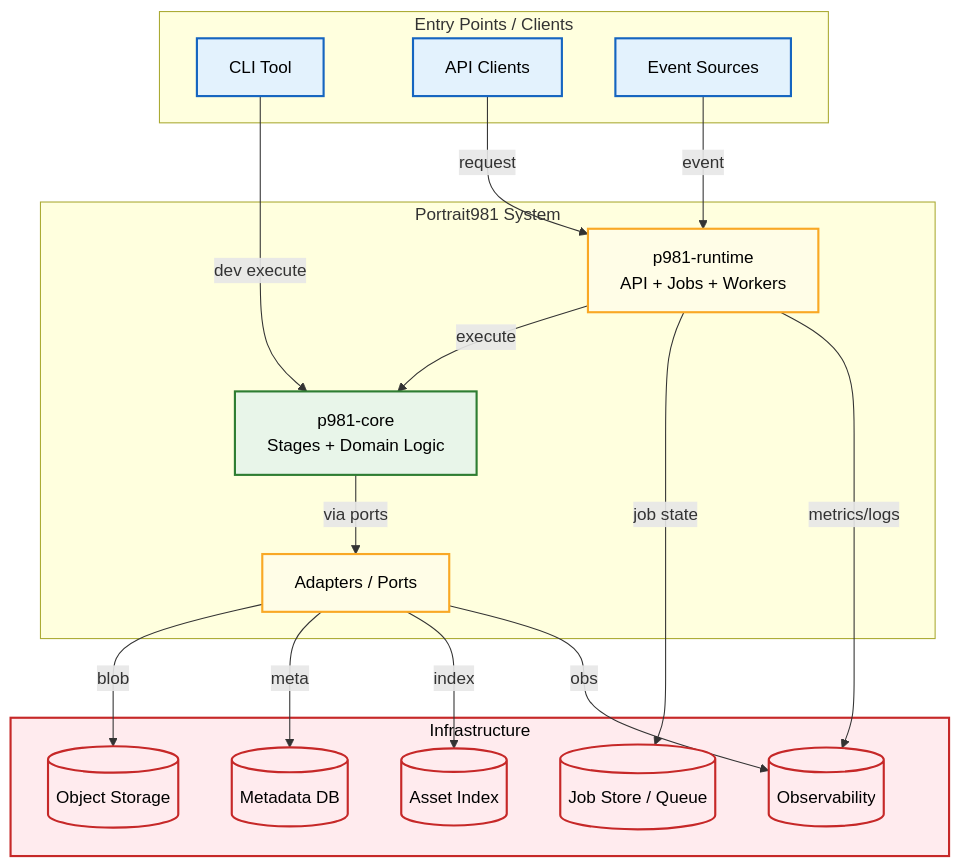
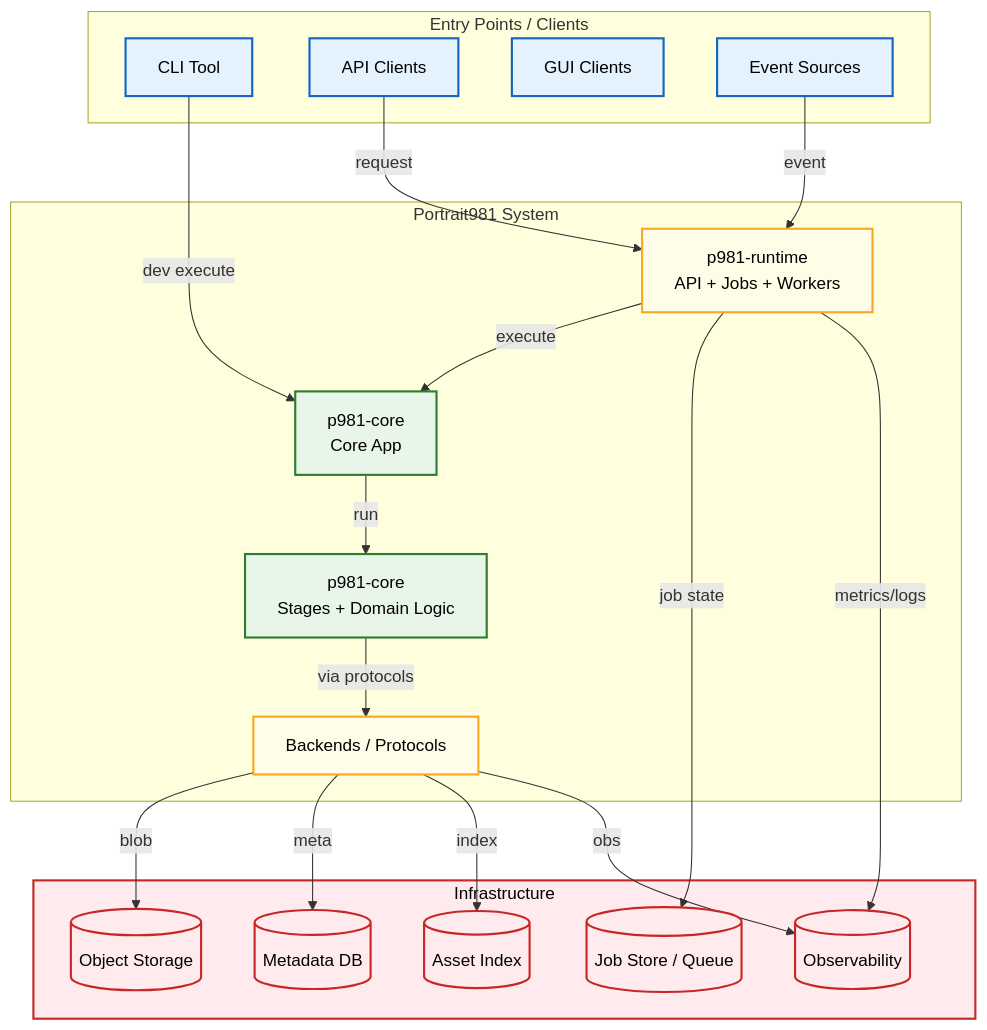
One commit to monolith-hyeonrae/portrait981 changed the diagram in specs/diagrams/overview.mmd. Above: the diagram before and after it, drawn with Mermaid. The commit also changed 87 other files, not shown here.

```diff
--- a/specs/diagrams/overview.mmd
+++ b/specs/diagrams/overview.mmd
@@ -1,43 +1,46 @@
 graph TB
   classDef entry fill:#e3f2fd,stroke:#1565c0,stroke-width:2px,color:#000
   classDef core fill:#e8f5e9,stroke:#2e7d32,stroke-width:2px,color:#000
   classDef runtime fill:#fffde7,stroke:#f9a825,stroke-width:2px,color:#000
   classDef infra fill:#ffebee,stroke:#c62828,stroke-width:2px,color:#000
 
   subgraph ENTRY["Entry Points / Clients"]
     CLI[CLI Tool]
     API[API Clients]
+    GUI[GUI Clients]
     EVT[Event Sources]
   end
 
   subgraph SYSTEM["Portrait981 System"]
+    CORE_APP[p981-core<br/>Core App]
     CORE[p981-core<br/>Stages + Domain Logic]
     RUNTIME[p981-runtime<br/>API + Jobs + Workers]
-    ADAPTERS[Adapters / Ports]
+    BACKENDS[Backends / Protocols]
   end
 
   subgraph INFRA["Infrastructure"]
     OBJ[(Object Storage)]
     META[(Metadata DB)]
     INDEX[(Asset Index)]
     JOB[(Job Store / Queue)]
     OBS[(Observability)]
   end
 
-  CLI -->|dev execute| CORE
+  CLI -->|dev execute| CORE_APP
   API -->|request| RUNTIME
   EVT -->|event| RUNTIME
-  RUNTIME -->|execute| CORE
-  CORE -->|via ports| ADAPTERS
-  ADAPTERS -->|blob| OBJ
-  ADAPTERS -->|meta| META
-  ADAPTERS -->|index| INDEX
+  RUNTIME -->|execute| CORE_APP
+  CORE_APP -->|run| CORE
+  CORE -->|via protocols| BACKENDS
+  BACKENDS -->|blob| OBJ
+  BACKENDS -->|meta| META
+  BACKENDS -->|index| INDEX
   RUNTIME -->|job state| JOB
   RUNTIME -->|metrics/logs| OBS
-  ADAPTERS -->|obs| OBS
+  BACKENDS -->|obs| OBS
 
-  class CLI,API,EVT entry
-  class CORE core
+  class CLI,API,GUI,EVT entry
+  class CORE,CORE_APP core
   class RUNTIME runtime
-  class ADAPTERS runtime
+  class BACKENDS runtime
   class INFRA,OBJ,META,INDEX,JOB,OBS infra
```
